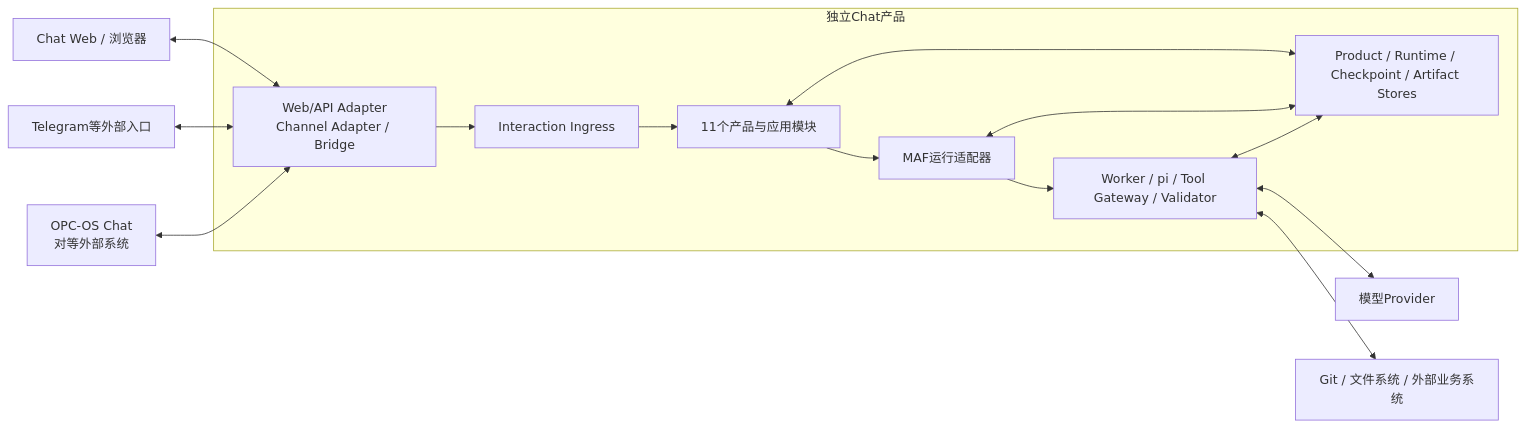
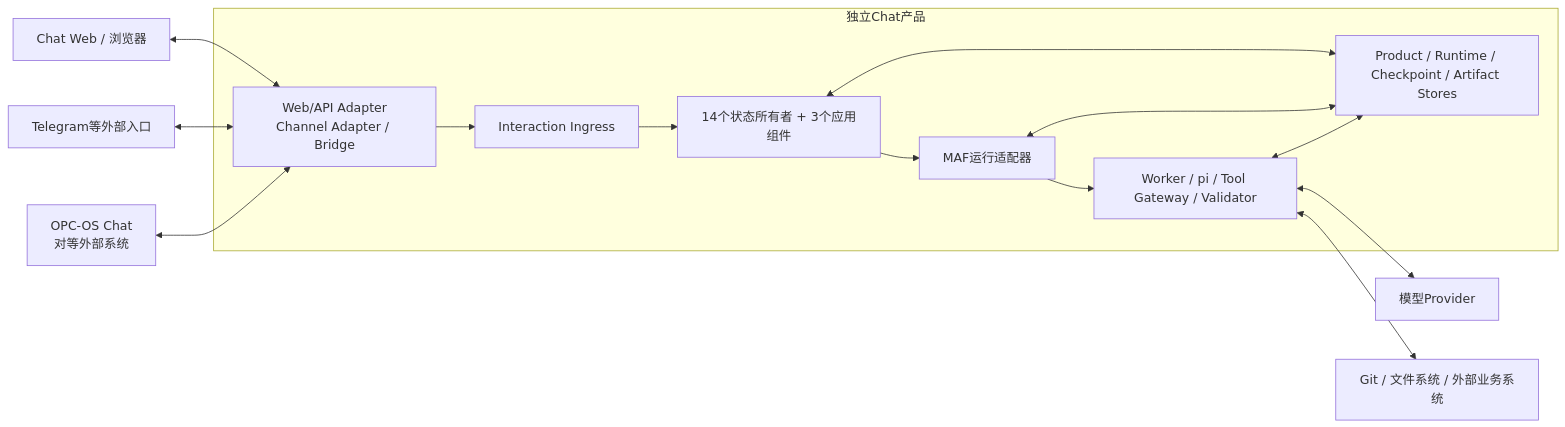
Before and after one commit to later-3/Chat: the third of 10 diagrams in 项目掌握/架构与模块/Chat总体架构与一次点击的七层链路.md, drawn with Mermaid. The commit also changed other lines of this file and 70 other files, not shown here.

````diff
--- a/项目掌握/架构与模块/Chat总体架构与一次点击的七层链路.md
+++ b/项目掌握/架构与模块/Chat总体架构与一次点击的七层链路.md
@@ -177,29 +183,29 @@
 ```mermaid
 flowchart LR
     Browser["Chat Web / 浏览器"]
     Telegram["Telegram等外部入口"]
     OPC["OPC-OS Chat\n对等外部系统"]
 
     subgraph CHAT["独立Chat产品"]
         Adapters["Web/API Adapter\nChannel Adapter / Bridge"]
         Ingress["Interaction Ingress"]
-        Core["11个产品与应用模块"]
+        Core["14个状态所有者 + 3个应用组件"]
         MAF["MAF运行适配器"]
         Runtime["Worker / pi / Tool Gateway / Validator"]
         Stores["Product / Runtime / Checkpoint / Artifact Stores"]
         Adapters --> Ingress --> Core
         Core --> MAF --> Runtime
         Core <--> Stores
         MAF <--> Stores
         Runtime <--> Stores
     end
 
     Provider["模型Provider"]
     External["Git / 文件系统 / 外部业务系统"]
 
     Browser <--> Adapters
     Telegram <--> Adapters
     OPC <--> Adapters
     Runtime <--> Provider
     Runtime <--> External
 ```
````
